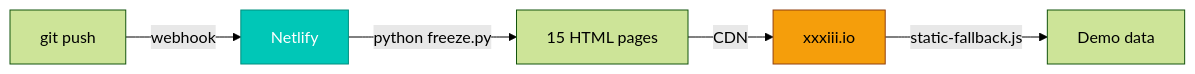
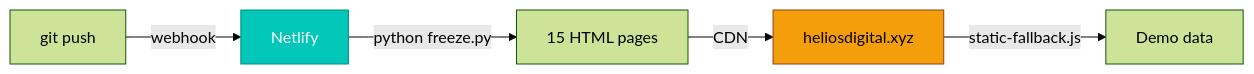
Diagram 13 of 13 in README.md (FTHTrading/Helios), drawn with Mermaid (forest theme) before and after one commit. The commit also changed other lines of this file and 29 other files, not shown here.

````diff
--- a/README.md
+++ b/README.md
@@ -936,10 +949,10 @@
 ```mermaid
 flowchart LR
     A[git push] -->|webhook| B[Netlify]
     B -->|python freeze.py| C[15 HTML pages]
-    C -->|CDN| D["xxxiii.io"]
+    C -->|CDN| D["heliosdigital.xyz"]
     D -->|static-fallback.js| E[Demo data]
 
     style B fill:#00C7B7,stroke:#008F7F,color:#fff
     style D fill:#f59e0b,stroke:#92400e,color:#000
 ```
````
